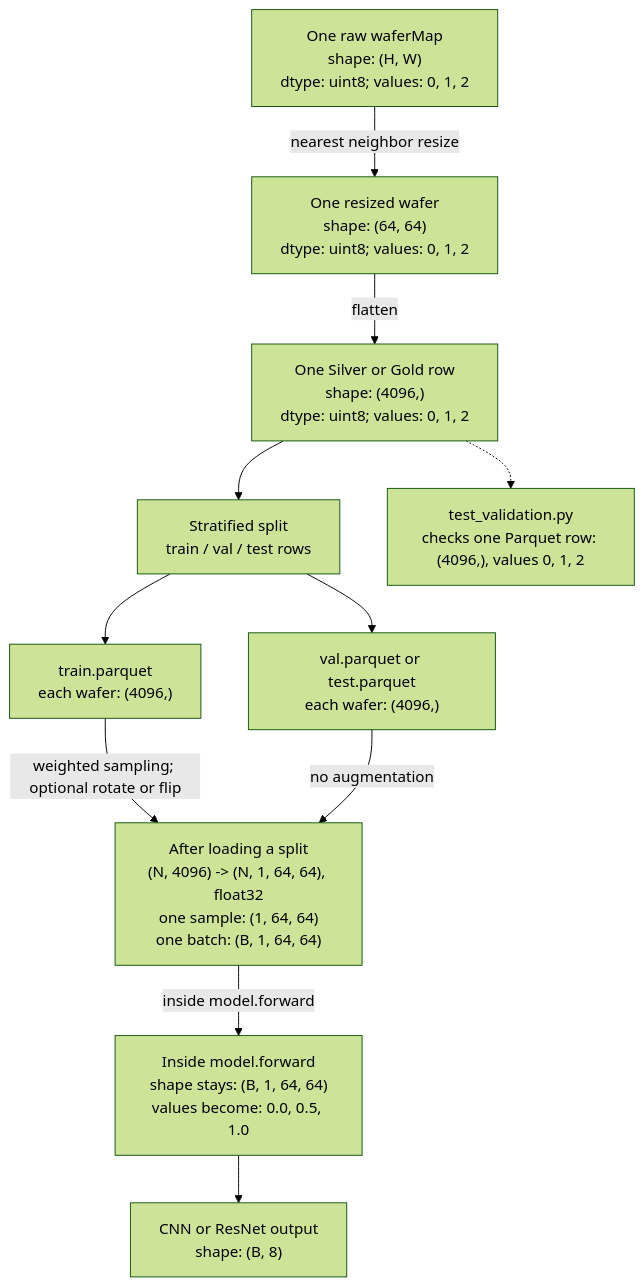
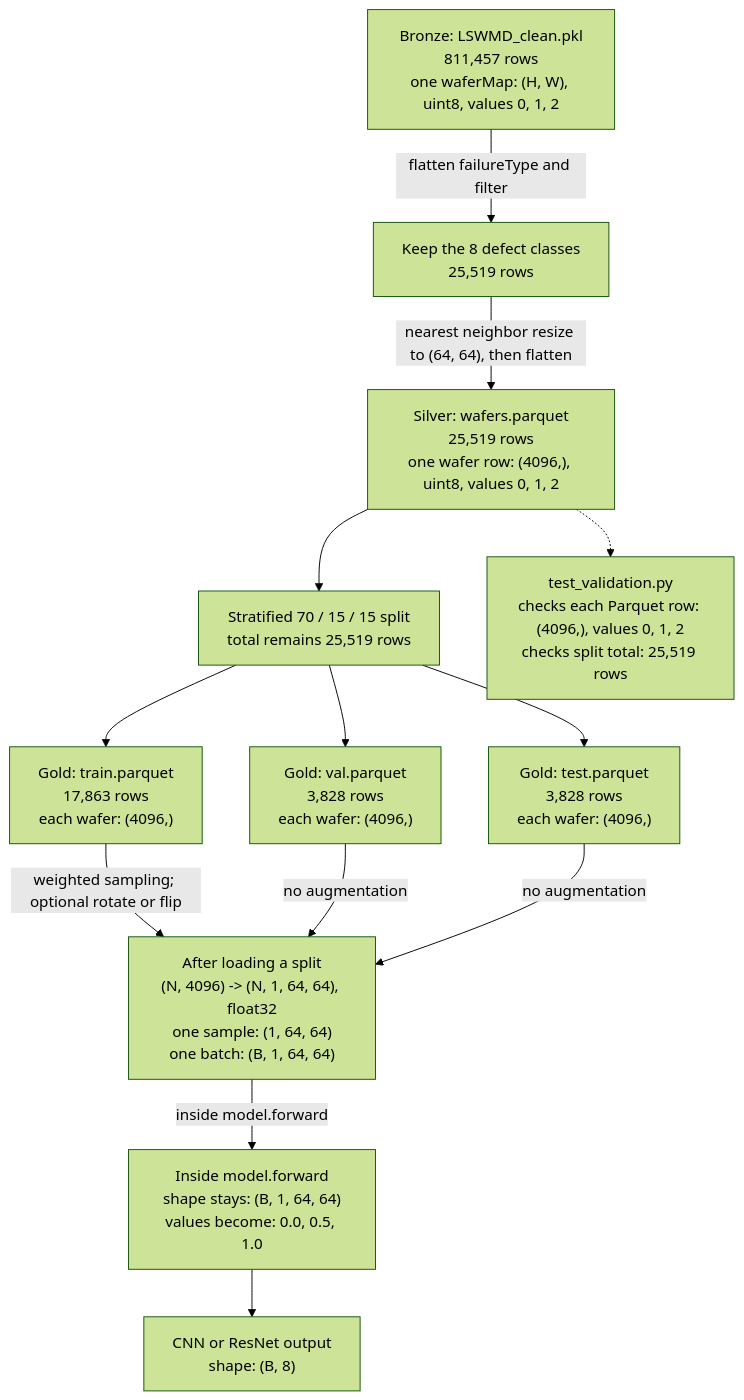
The diagram in docs/data-flow.md (pqtrng/wm811k-defect-detection), drawn with Mermaid (forest theme) before and after one commit.

Commit message:
docs: add row counts to data flow

````diff
--- a/docs/data-flow.md
+++ b/docs/data-flow.md
@@ -5,24 +5,27 @@
 ```mermaid
 flowchart TD
-    RAW["One raw waferMap<br/>shape: (H, W)<br/>dtype: uint8; values: 0, 1, 2"]
-    RESIZED["One resized wafer<br/>shape: (64, 64)<br/>dtype: uint8; values: 0, 1, 2"]
-    PARQUET["One Silver or Gold row<br/>shape: (4096,)<br/>dtype: uint8; values: 0, 1, 2"]
-    SPLIT["Stratified split<br/>train / val / test rows"]
-    TRAIN["train.parquet<br/>each wafer: (4096,)"]
-    EVAL["val.parquet or test.parquet<br/>each wafer: (4096,)"]
+    RAW["Bronze: LSWMD_clean.pkl<br/>811,457 rows<br/>one waferMap: (H, W), uint8, values 0, 1, 2"]
+    FILTERED["Keep the 8 defect classes<br/>25,519 rows"]
+    PARQUET["Silver: wafers.parquet<br/>25,519 rows<br/>one wafer row: (4096,), uint8, values 0, 1, 2"]
+    SPLIT["Stratified 70 / 15 / 15 split<br/>total remains 25,519 rows"]
+    TRAIN["Gold: train.parquet<br/>17,863 rows<br/>each wafer: (4096,)"]
+    VAL["Gold: val.parquet<br/>3,828 rows<br/>each wafer: (4096,)"]
+    TEST["Gold: test.parquet<br/>3,828 rows<br/>each wafer: (4096,)"]
     LOADER["After loading a split<br/>(N, 4096) -> (N, 1, 64, 64), float32<br/>one sample: (1, 64, 64)<br/>one batch: (B, 1, 64, 64)"]
     MODEL["Inside model.forward<br/>shape stays: (B, 1, 64, 64)<br/>values become: 0.0, 0.5, 1.0"]
     LOGITS["CNN or ResNet output<br/>shape: (B, 8)"]
-    VALIDATION["test_validation.py<br/>checks one Parquet row: (4096,), values 0, 1, 2"]
+    VALIDATION["test_validation.py<br/>checks each Parquet row: (4096,), values 0, 1, 2<br/>checks split total: 25,519 rows"]
 
-    RAW -->|"nearest neighbor resize"| RESIZED
-    RESIZED -->|"flatten"| PARQUET
+    RAW -->|"flatten failureType and filter"| FILTERED
+    FILTERED -->|"nearest neighbor resize to (64, 64), then flatten"| PARQUET
     PARQUET --> SPLIT
     SPLIT --> TRAIN
-    SPLIT --> EVAL
+    SPLIT --> VAL
+    SPLIT --> TEST
     TRAIN -->|"weighted sampling; optional rotate or flip"| LOADER
-    EVAL -->|"no augmentation"| LOADER
+    VAL -->|"no augmentation"| LOADER
+    TEST -->|"no augmentation"| LOADER
     LOADER -->|"inside model.forward"| MODEL
     MODEL --> LOGITS
     PARQUET -.-> VALIDATION
 ```
````
